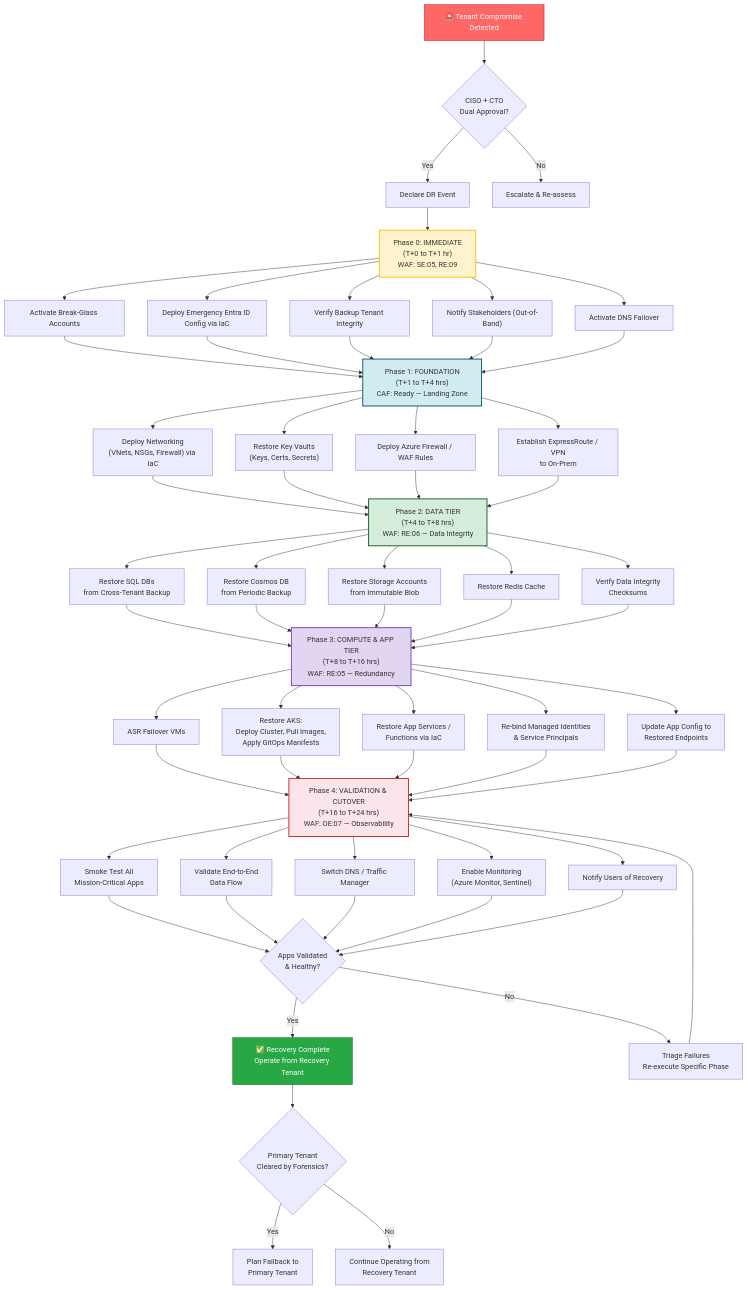
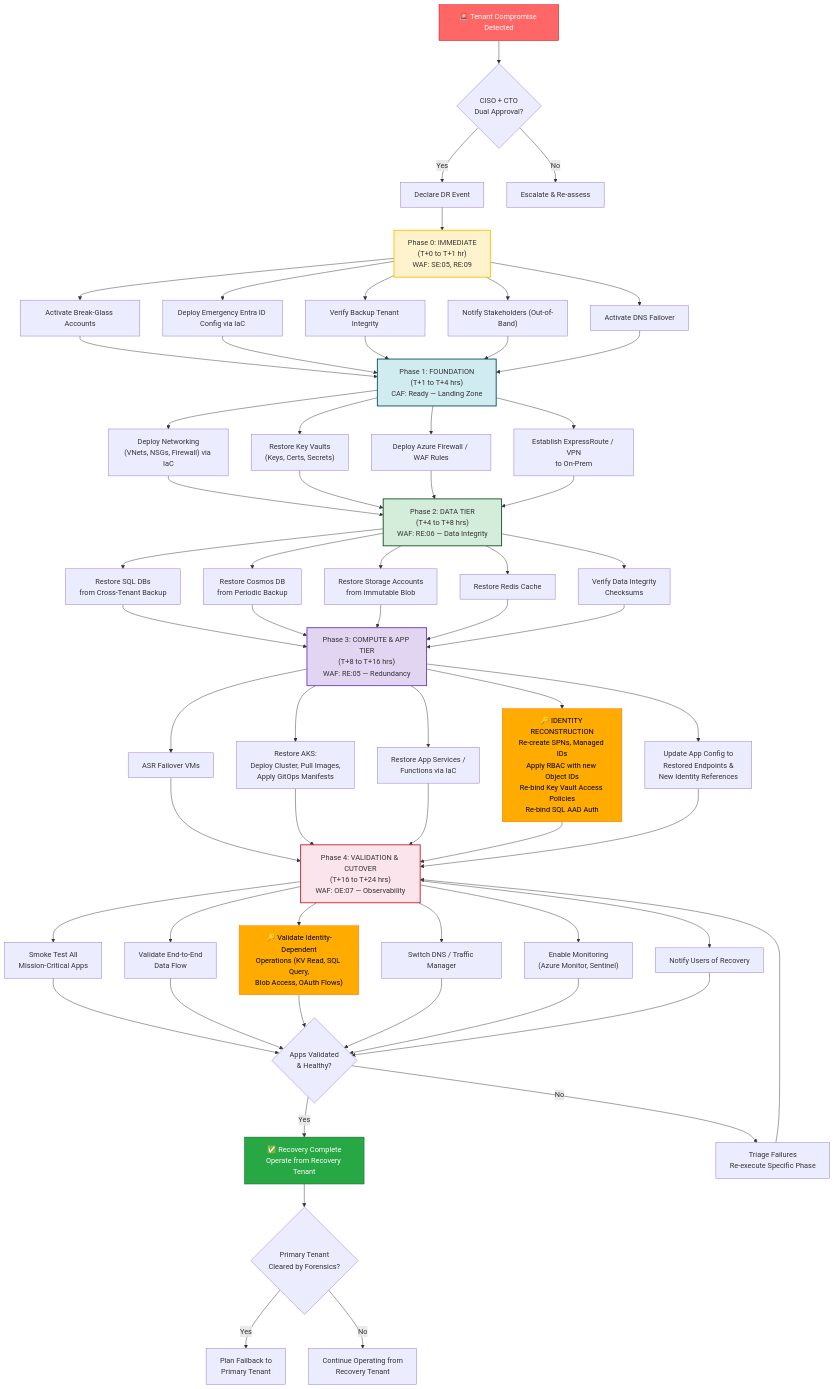
The seventh of 17 diagrams in Azure_Entra_Level_Resiliency_architecture.md (shaleen-wonder-ent/user-guides), drawn with Mermaid before and after one commit. The commit also changed other lines of this file, not shown here.

````diff
--- a/Azure_Entra_Level_Resiliency_architecture.md
+++ b/Azure_Entra_Level_Resiliency_architecture.md
@@ -499,63 +527,66 @@
 ```mermaid
 flowchart TD
     A["🚨 Tenant Compromise Detected"] --> B{"CISO + CTO<br/>Dual Approval?"}
     B -- "Yes" --> C["Declare DR Event"]
     B -- "No" --> Z["Escalate & Re-assess"]
 
     C --> D["Phase 0: IMMEDIATE<br/>(T+0 to T+1 hr)<br/>WAF: SE:05, RE:09"]
 
     D --> D1["Activate Break-Glass Accounts"]
     D --> D2["Deploy Emergency Entra ID Config via IaC"]
     D --> D3["Verify Backup Tenant Integrity"]
     D --> D4["Notify Stakeholders (Out-of-Band)"]
     D --> D5["Activate DNS Failover"]
 
     D1 & D2 & D3 & D4 & D5 --> E["Phase 1: FOUNDATION<br/>(T+1 to T+4 hrs)<br/>CAF: Ready — Landing Zone"]
 
     E --> E1["Deploy Networking<br/>(VNets, NSGs, Firewall) via IaC"]
     E --> E2["Restore Key Vaults<br/>(Keys, Certs, Secrets)"]
     E --> E3["Deploy Azure Firewall / WAF Rules"]
     E --> E4["Establish ExpressRoute / VPN<br/>to On-Prem"]
 
     E1 & E2 & E3 & E4 --> F["Phase 2: DATA TIER<br/>(T+4 to T+8 hrs)<br/>WAF: RE:06 — Data Integrity"]
 
     F --> F1["Restore SQL DBs<br/>from Cross-Tenant Backup"]
     F --> F2["Restore Cosmos DB<br/>from Periodic Backup"]
     F --> F3["Restore Storage Accounts<br/>from Immutable Blob"]
     F --> F4["Restore Redis Cache"]
     F --> F5["Verify Data Integrity<br/>Checksums"]
 
     F1 & F2 & F3 & F4 & F5 --> G["Phase 3: COMPUTE & APP TIER<br/>(T+8 to T+16 hrs)<br/>WAF: RE:05 — Redundancy"]
 
     G --> G1["ASR Failover VMs"]
     G --> G2["Restore AKS:<br/>Deploy Cluster, Pull Images,<br/>Apply GitOps Manifests"]
     G --> G3["Restore App Services /<br/>Functions via IaC"]
-    G --> G4["Re-bind Managed Identities<br/>& Service Principals"]
-    G --> G5["Update App Config to<br/>Restored Endpoints"]
+    G --> G4["🔑 IDENTITY RECONSTRUCTION<br/>Re-create SPNs, Managed IDs<br/>Apply RBAC with new Object IDs<br/>Re-bind Key Vault Access Policies<br/>Re-bind SQL AAD Auth"]
+    G --> G5["Update App Config to<br/>Restored Endpoints &<br/>New Identity References"]
 
     G1 & G2 & G3 & G4 & G5 --> H["Phase 4: VALIDATION & CUTOVER<br/>(T+16 to T+24 hrs)<br/>WAF: OE:07 — Observability"]
 
     H --> H1["Smoke Test All<br/>Mission-Critical Apps"]
     H --> H2["Validate End-to-End<br/>Data Flow"]
-    H --> H3["Switch DNS / Traffic Manager"]
-    H --> H4["Enable Monitoring<br/>(Azure Monitor, Sentinel)"]
-    H --> H5["Notify Users of Recovery"]
+    H --> H3["🔑 Validate Identity-Dependent<br/>Operations (KV Read, SQL Query,<br/>Blob Access, OAuth Flows)"]
+    H --> H4["Switch DNS / Traffic Manager"]
+    H --> H5["Enable Monitoring<br/>(Azure Monitor, Sentinel)"]
+    H --> H6["Notify Users of Recovery"]
 
-    H1 & H2 & H3 & H4 & H5 --> I{"Apps Validated<br/>& Healthy?"}
+    H1 & H2 & H3 & H4 & H5 & H6 --> I{"Apps Validated<br/>& Healthy?"}
 
     I -- "Yes" --> J["✅ Recovery Complete<br/>Operate from Recovery Tenant"]
     I -- "No" --> K["Triage Failures<br/>Re-execute Specific Phase"]
     K --> H
 
     J --> L{"Primary Tenant<br/>Cleared by Forensics?"}
     L -- "Yes" --> M["Plan Failback to<br/>Primary Tenant"]
     L -- "No" --> N["Continue Operating from<br/>Recovery Tenant"]
 
     style A fill:#ff6666,stroke:#cc0000,color:#fff
     style D fill:#fff3cd,stroke:#ffc107,stroke-width:2px
     style E fill:#d1ecf1,stroke:#0c5460,stroke-width:2px
     style F fill:#d4edda,stroke:#155724,stroke-width:2px
     style G fill:#e2d5f1,stroke:#6f42c1,stroke-width:2px
     style H fill:#fce4ec,stroke:#c62828,stroke-width:2px
     style J fill:#28a745,stroke:#155724,color:#fff
+    style G4 fill:#ffab00,stroke:#ff6f00,color:#000
+    style H3 fill:#ffab00,stroke:#ff6f00,color:#000
 ```
````
